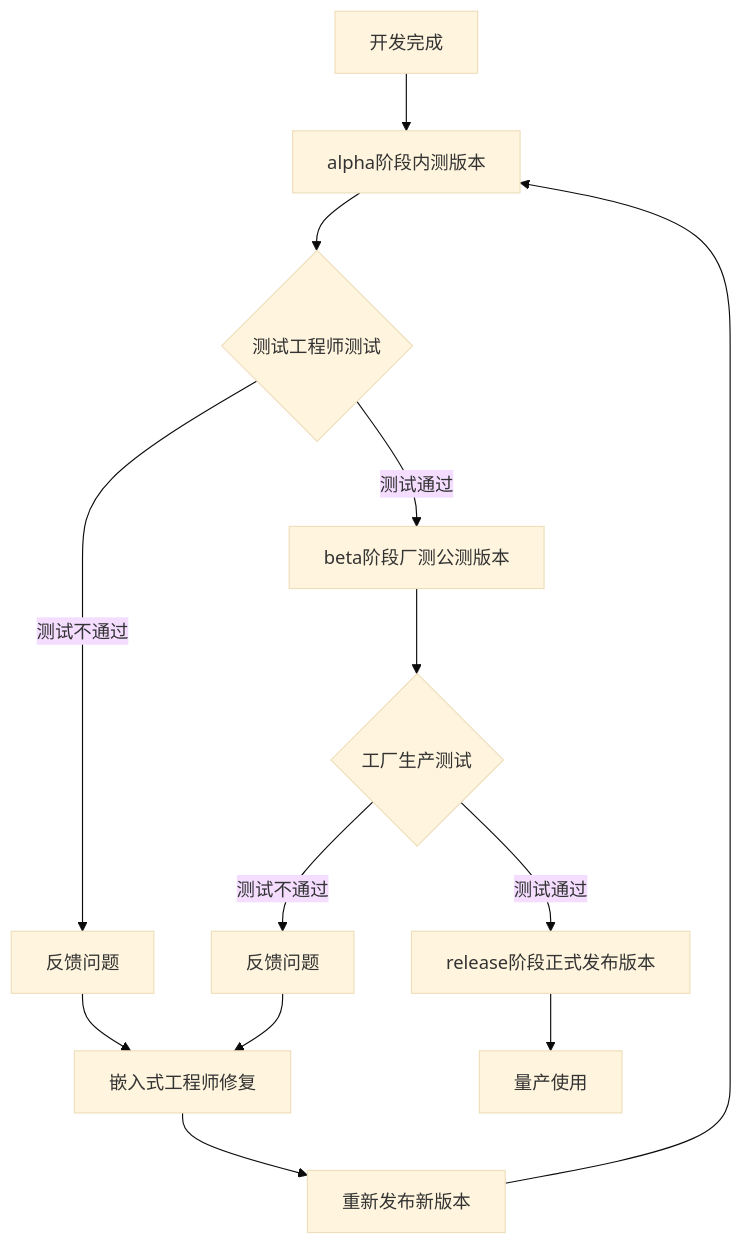
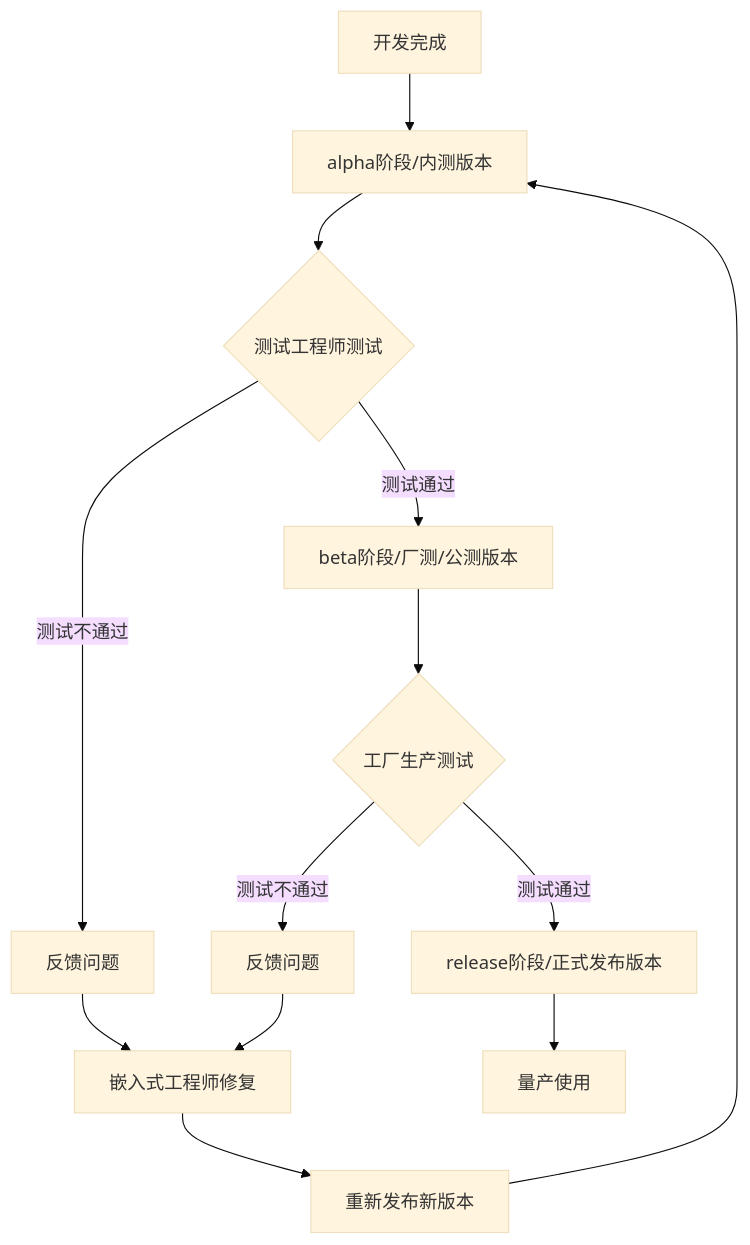
One commit to drinktoomuchsax/Tangible-Future-Embedded-Dev-Guidelines changed the diagram in README.md. Above: the diagram before and after it, drawn with Mermaid (base theme).

Commit message:
doc: 更新README.md中的流程图，调整阶段名称格式，添加斜杠以提高可读性

````diff
--- a/README.md
+++ b/README.md
@@ -92,17 +92,17 @@
 ```mermaid
 graph TD
-    A[开发完成] --> B[alpha阶段内测版本]
+    A[开发完成] --> B[alpha阶段/内测版本]
     B --> C{测试工程师测试}
-    C -->|测试通过| D[beta阶段厂测公测版本]
+    C -->|测试通过| D[beta阶段/厂测/公测版本]
     C -->|测试不通过| E[反馈问题]
     E --> F[嵌入式工程师修复]
     F --> G[重新发布新版本]
     G --> B
     
     D --> H{工厂生产测试}
-    H -->|测试通过| I[release阶段正式发布版本]
+    H -->|测试通过| I[release阶段/正式发布版本]
     H -->|测试不通过| J[反馈问题]
     J --> F
     
     I --> K[量产使用]
 ```
````
